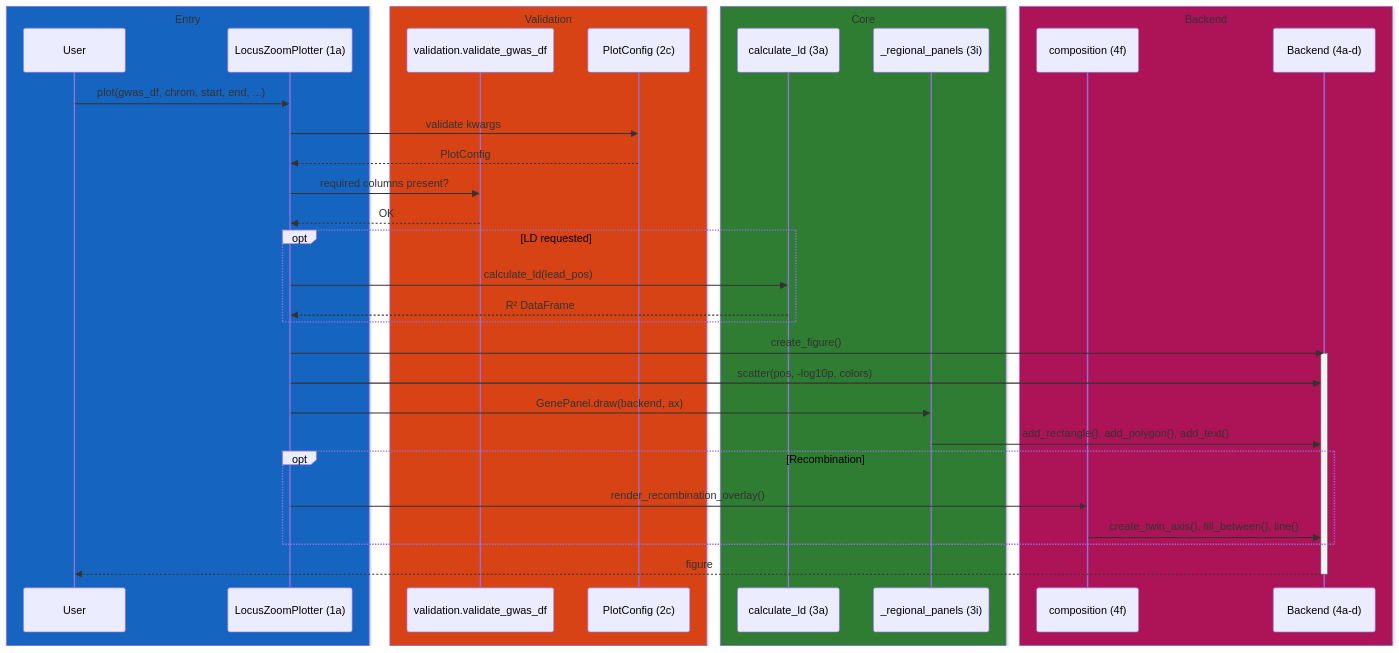
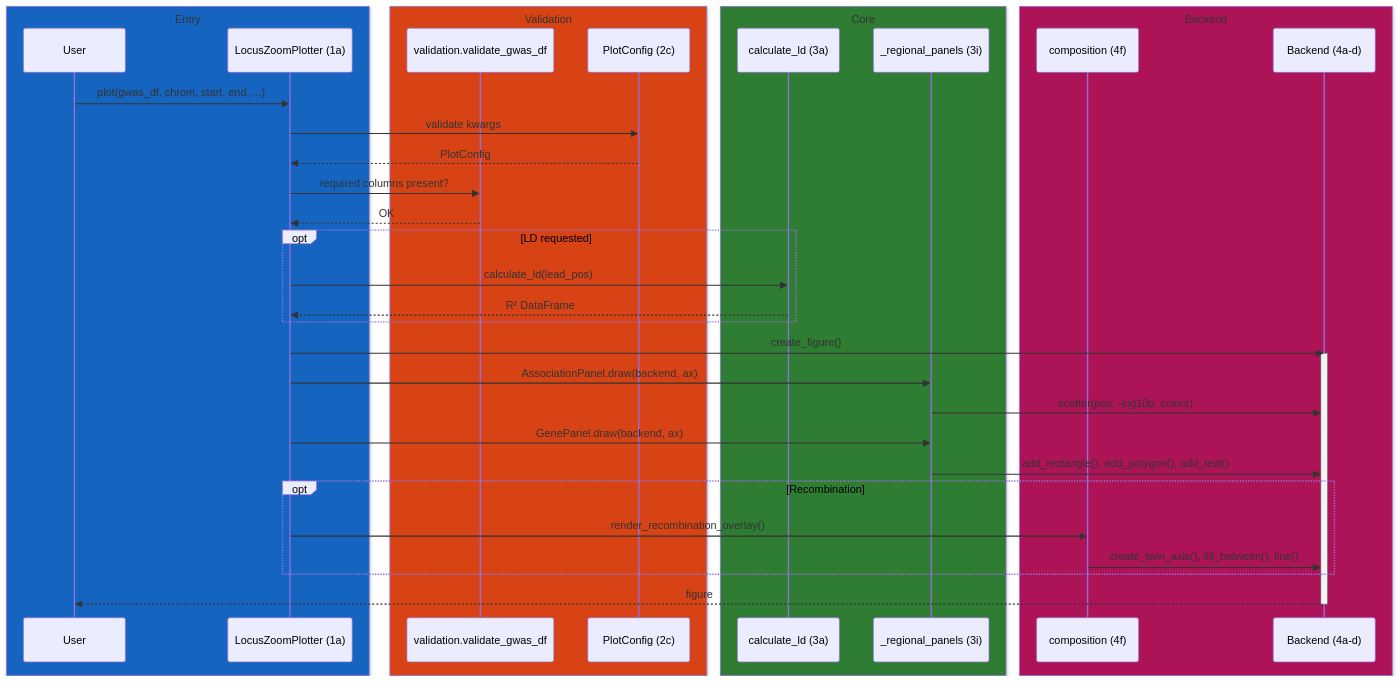
The second of 3 diagrams in docs/CODEMAP.md (michael-denyer/pyLocusZoom), drawn with Mermaid before and after one commit. The commit also changed other lines of this file and 9 other files, not shown here.

First line of the commit message:
refactor(figure): one FigurePlan and one render_figure, regional first

````diff
--- a/docs/CODEMAP.md
+++ b/docs/CODEMAP.md
@@ -310,42 +311,43 @@
 ```mermaid
 sequenceDiagram
     box rgb(21, 101, 192) Entry
         participant U as User
         participant P as LocusZoomPlotter (1a)
     end
     box rgb(216, 67, 21) Validation
         participant V as validation.validate_gwas_df
         participant C as PlotConfig (2c)
     end
     box rgb(46, 125, 50) Core
         participant L as calculate_ld (3a)
         participant G as _regional_panels (3i)
     end
     box rgb(173, 20, 87) Backend
         participant O as composition (4f)
         participant B as Backend (4a-d)
     end
 
     U->>P: plot(gwas_df, chrom, start, end, ...)
     P->>C: validate kwargs
     C-->>P: PlotConfig
     P->>V: required columns present?
     V-->>P: OK
 
     opt LD requested
         P->>L: calculate_ld(lead_pos)
         L-->>P: R² DataFrame
     end
 
     P->>B: create_figure()
     activate B
-    P->>B: scatter(pos, -log10p, colors)
+    P->>G: AssociationPanel.draw(backend, ax)
+    G->>B: scatter(pos, -log10p, colors)
     P->>G: GenePanel.draw(backend, ax)
     G->>B: add_rectangle(), add_polygon(), add_text()
     opt Recombination
         P->>O: render_recombination_overlay()
         O->>B: create_twin_axis(), fill_between(), line()
     end
     B-->>U: figure
     deactivate B
 ```
````
